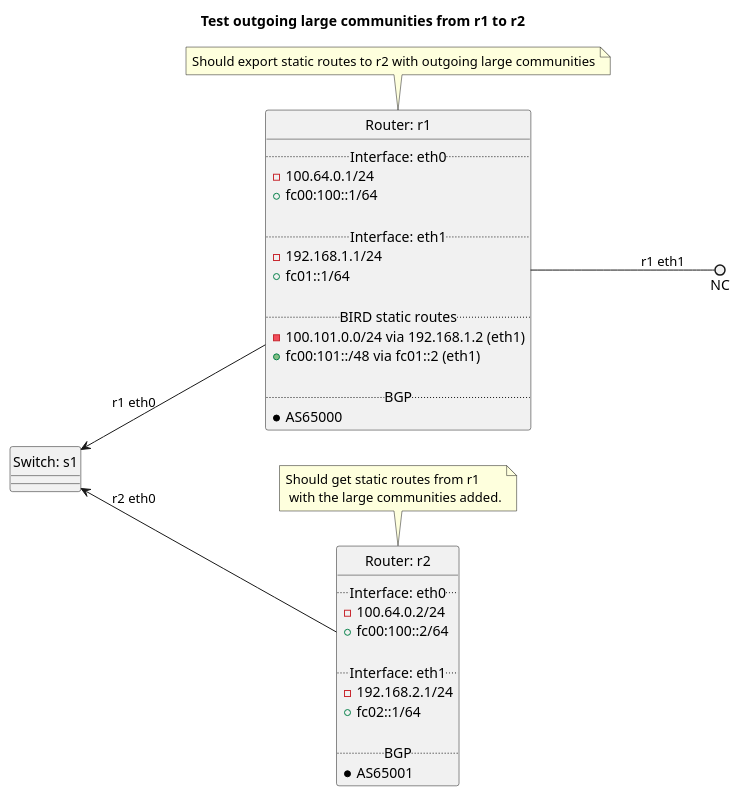
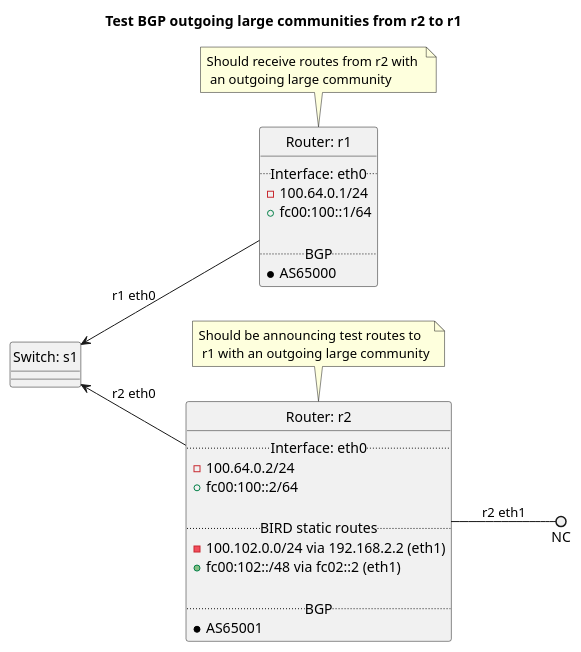
Before and after one commit to oscdev-io/birdplan: the diagram in tests/40-bgp/30-outgoing_large_communities/README.md, drawn with PlantUML. The commit also changed other lines of this file and 7 other files, not shown here.

Commit message:
tests/bgp: Reworked tests for large communities

````diff
--- a/tests/40-bgp/30-outgoing_large_communities/README.md
+++ b/tests/40-bgp/30-outgoing_large_communities/README.md
@@ -6,50 +9,42 @@
 ```plantuml
 @startuml
 hide circle
-title Test outgoing large communities from r1 to r2
+title Test BGP outgoing large communities from r2 to r1
 left to right direction
 
 
 class "Router: r1" {
   .. Interface: eth0 ..
 - 100.64.0.1/24
 + fc00:100::1/64
 
-  .. Interface: eth1 ..
-- 192.168.1.1/24
-+ fc01::1/64
-
-  .. BIRD static routes ..
-- 100.101.0.0/24 via 192.168.1.2 (eth1)
-+ fc00:101::/48 via fc01::2 (eth1)
-
   .. BGP ..
 * AS65000
 }
-note top: Should export static routes to r2 with outgoing large communities
+note top: Should receive routes from r2 with \n an outgoing large community
 
 
 class "Router: r2" {
   .. Interface: eth0 ..
 - 100.64.0.2/24
 + fc00:100::2/64
 
-  .. Interface: eth1 ..
-- 192.168.2.1/24
-+ fc02::1/64
+  .. BIRD static routes ..
+- 100.102.0.0/24 via 192.168.2.2 (eth1)
++ fc00:102::/48 via fc02::2 (eth1)
 
   .. BGP ..
 * AS65001
 }
-note top: Should get static routes from r1 \n with the large communities added.
+note top: Should be announcing test routes to \n r1 with an outgoing large community
 
 
 class "Switch: s1" {}
 
 
 "Switch: s1" <-down- "Router: r1": r1 eth0
 "Switch: s1" <-down- "Router: r2": r2 eth0
-"Router: r1" --() NC: r1 eth1
+"Router: r2" --() NC: r2 eth1
 
 @enduml
 ```
````
